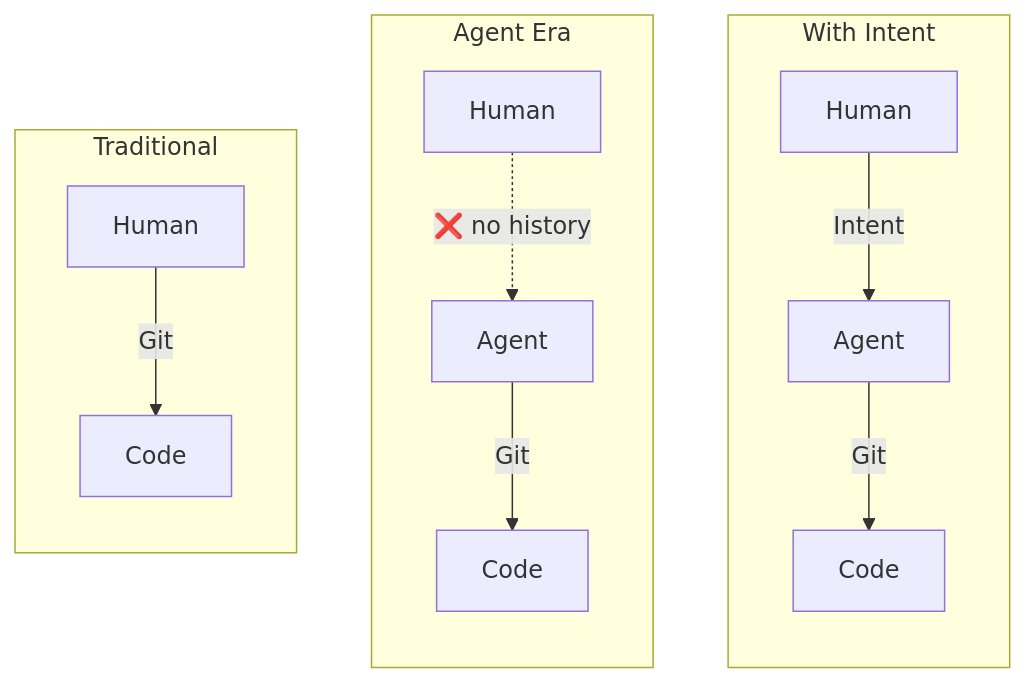
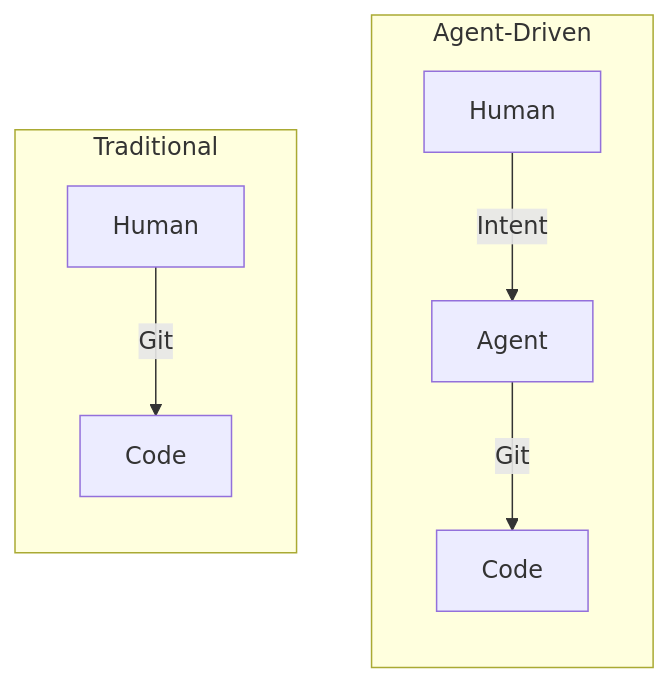
One commit to dozybot001/Intent changed the diagram in README.md. Above: the diagram before and after it, drawn with Mermaid. The commit also changed 1 other file, not shown here.

Commit message:
Simplify diagram to two columns with Intent on the connection line
Traditional: Human→Code via Git
Agent-Driven: Human→Agent via Intent, Agent→Code via Git

````diff
--- a/README.md
+++ b/README.md
@@ -17,26 +17,18 @@
 ```mermaid
 flowchart LR
   subgraph traditional["Traditional"]
     direction TB
     H1["Human"]
     C1["Code"]
     H1 -->|"Git"| C1
   end
-  subgraph agent["Agent Era"]
+  subgraph agent["Agent-Driven"]
     direction TB
     H2["Human"]
     AG["Agent"]
     C2["Code"]
-    H2 -."❌ no history".-> AG
+    H2 -->|"Intent"| AG
     AG -->|"Git"| C2
   end
-  subgraph withintent["With Intent"]
-    direction TB
-    H3["Human"]
-    AG2["Agent"]
-    C3["Code"]
-    H3 -->|"Intent"| AG2
-    AG2 -->|"Git"| C3
-  end
-  traditional ~~~ agent ~~~ withintent
+  traditional ~~~ agent
 ```
````
